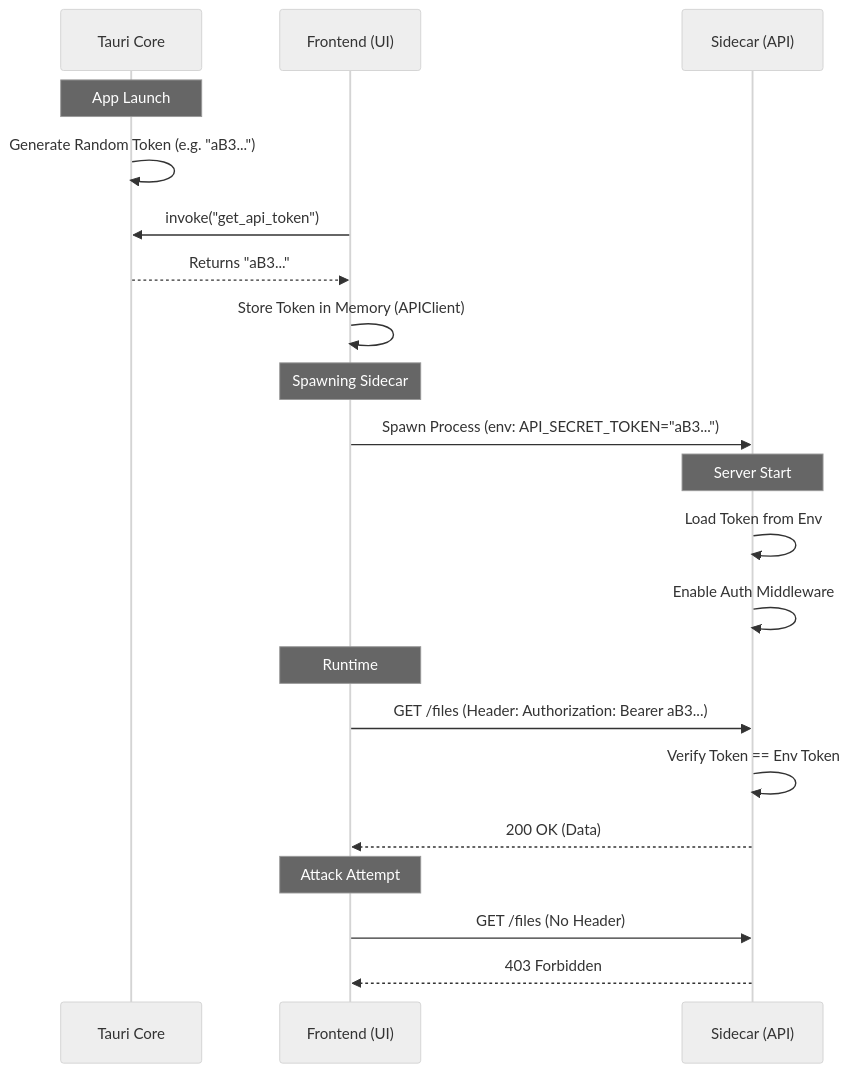
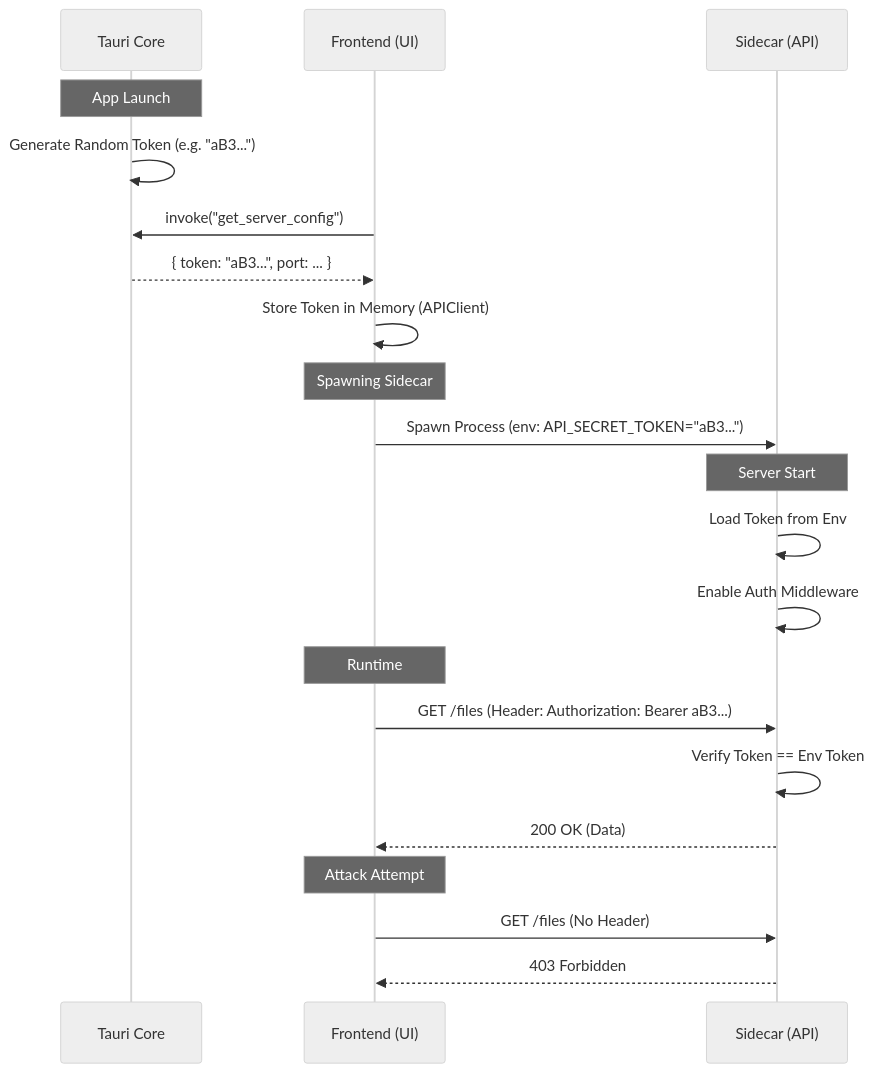
One commit to MuhammadShamim/PersonalCloudApplication changed the second of 2 diagrams in docs/design/architecture.md. Above: the diagram before and after it, drawn with Mermaid (neutral theme). The commit also changed other lines of this file and 6 other files, not shown here.

Commit message:
Enhance documentation and modularize architecture; implement server configuration commands and state management in Rust core

````diff
--- a/docs/design/architecture.md
+++ b/docs/design/architecture.md
@@ -115,30 +120,30 @@
 ```mermaid
 sequenceDiagram
     participant Rust as Tauri Core
     participant React as Frontend (UI)
     participant Python as Sidecar (API)
 
     Note over Rust: App Launch
     Rust->>Rust: Generate Random Token (e.g. "aB3...")
     
-    React->>Rust: invoke("get_api_token")
-    Rust-->>React: Returns "aB3..."
+    React->>Rust: invoke("get_server_config")
+    Rust-->>React: { token: "aB3...", port: ... }
     
     React->>React: Store Token in Memory (APIClient)
     
     Note over React: Spawning Sidecar
     React->>Python: Spawn Process (env: API_SECRET_TOKEN="aB3...")
     
     Note over Python: Server Start
     Python->>Python: Load Token from Env
     Python->>Python: Enable Auth Middleware
     
     Note over React: Runtime
     React->>Python: GET /files (Header: Authorization: Bearer aB3...)
     Python->>Python: Verify Token == Env Token
     Python-->>React: 200 OK (Data)
     
     Note over React: Attack Attempt
     React->>Python: GET /files (No Header)
     Python-->>React: 403 Forbidden
 ```
````
